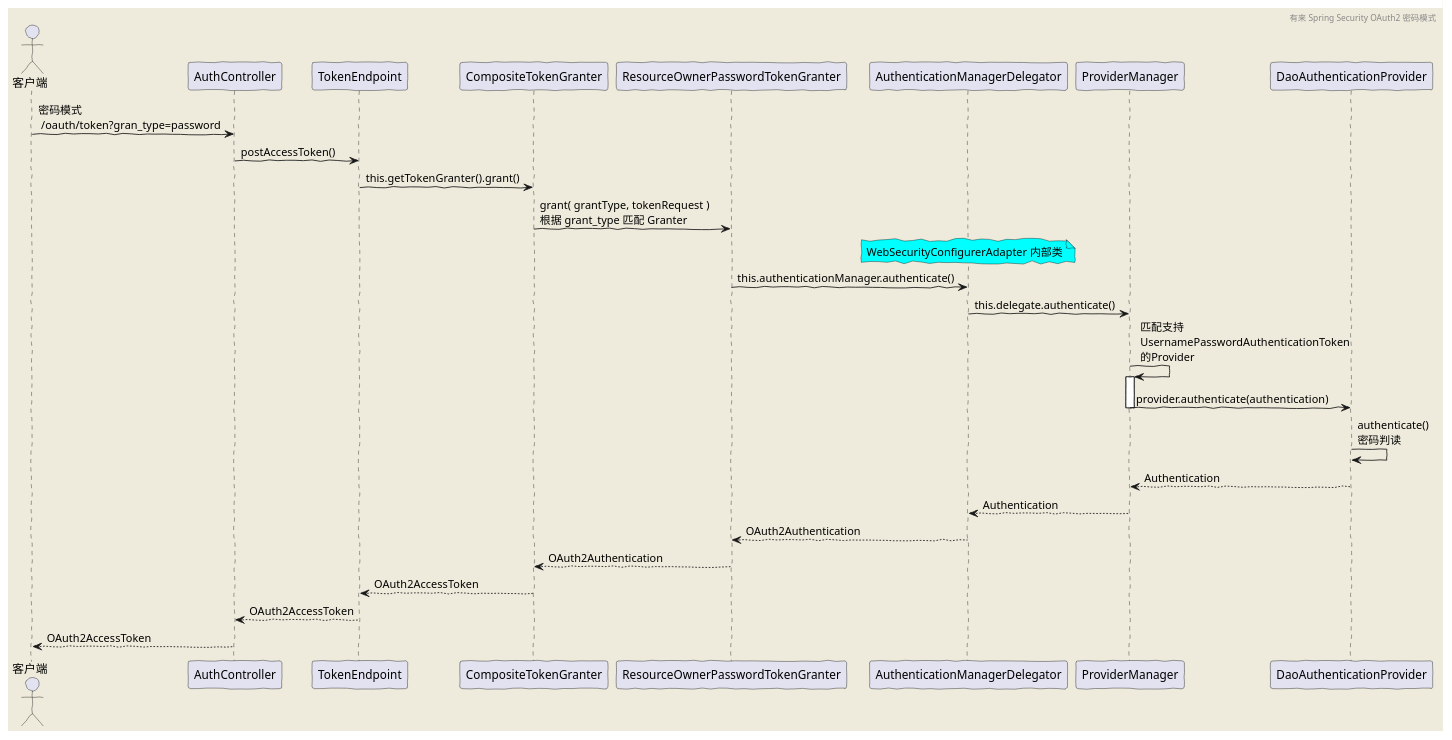
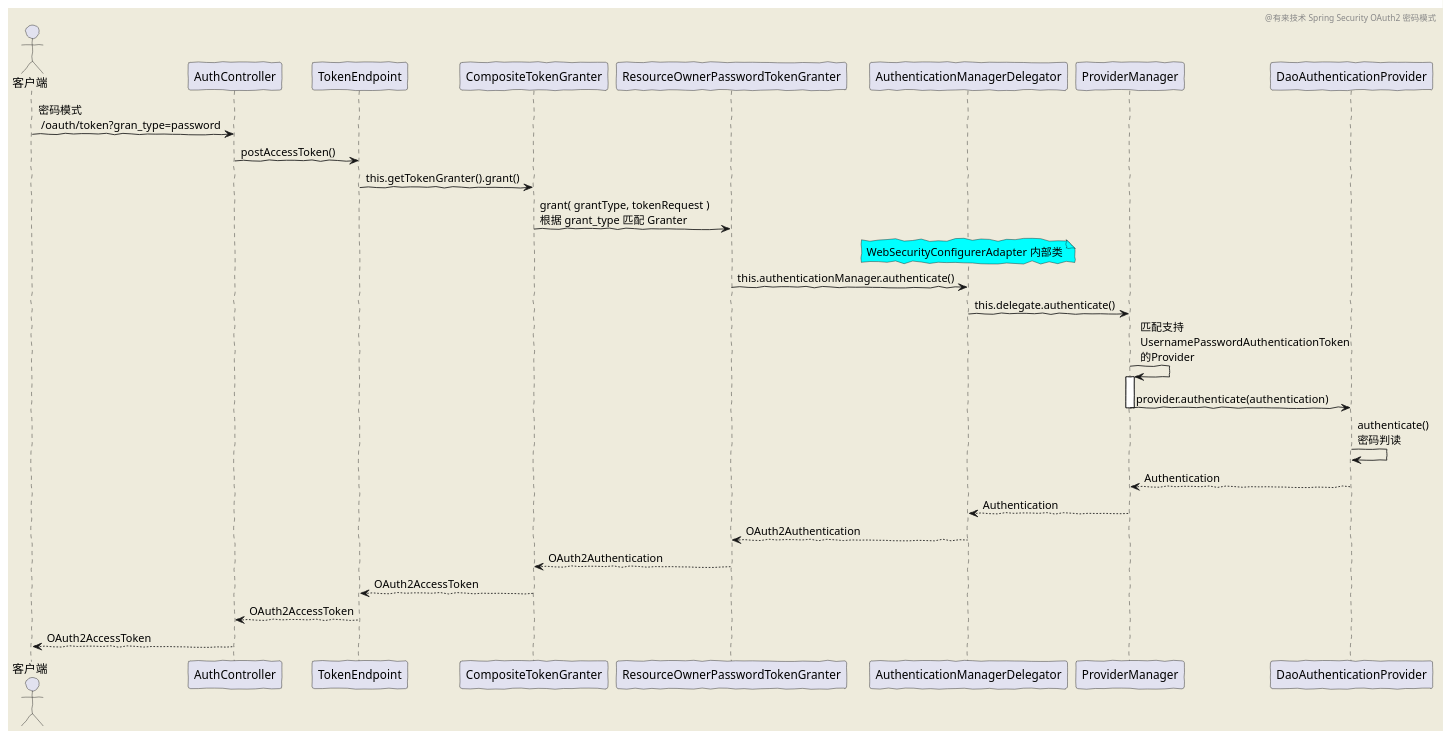
The diagram in docs/diagram/oauth2/password.puml (youlaitech/youlai-mall), drawn with PlantUML before and after one commit. The commit also changed 4 other files, not shown here.

Commit message:
docs(*.puml): 修改流程时序图

```diff
--- a/docs/diagram/oauth2/password.puml
+++ b/docs/diagram/oauth2/password.puml
@@ -2,33 +2,33 @@
 @startuml
 'https://plantuml.com/sequence-diagram
 skinparam backgroundColor #EEEBDC
 skinparam handwritten true
 
-header 有来 Spring Security OAuth2 密码模式
+header @有来技术 Spring Security OAuth2 密码模式
 
 actor 客户端
 
 客户端 -> AuthController: 密码模式 \n /oauth/token?gran_type=password
 AuthController -> TokenEndpoint: postAccessToken()
 TokenEndpoint -> CompositeTokenGranter: this.getTokenGranter().grant()
 CompositeTokenGranter->ResourceOwnerPasswordTokenGranter:grant( grantType, tokenRequest )\n根据 grant_type 匹配 Granter
 note over of AuthenticationManagerDelegator #aqua
 WebSecurityConfigurerAdapter 内部类
 end note
 ResourceOwnerPasswordTokenGranter-> AuthenticationManagerDelegator:this.authenticationManager.authenticate()
 AuthenticationManagerDelegator -> ProviderManager: this.delegate.authenticate()
 
 
 ProviderManager -> ProviderManager: 匹配支持\nUsernamePasswordAuthenticationToken\n的Provider
 activate ProviderManager
 ProviderManager -> DaoAuthenticationProvider: provider.authenticate(authentication)
 deactivate ProviderManager
 DaoAuthenticationProvider -> DaoAuthenticationProvider:authenticate()\n密码判读
 ProviderManager <-- DaoAuthenticationProvider: Authentication
 AuthenticationManagerDelegator <-- ProviderManager: Authentication
 ResourceOwnerPasswordTokenGranter <-- AuthenticationManagerDelegator: OAuth2Authentication
 CompositeTokenGranter <-- ResourceOwnerPasswordTokenGranter: OAuth2Authentication
 TokenEndpoint <-- CompositeTokenGranter:OAuth2AccessToken
 AuthController <-- TokenEndpoint:OAuth2AccessToken
 客户端 <-- AuthController: OAuth2AccessToken
 @enduml
```
